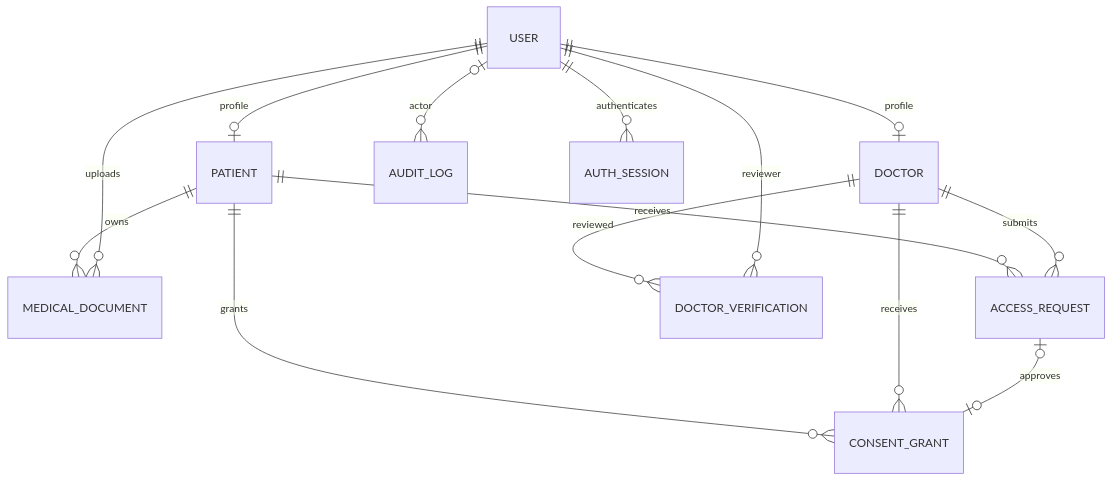
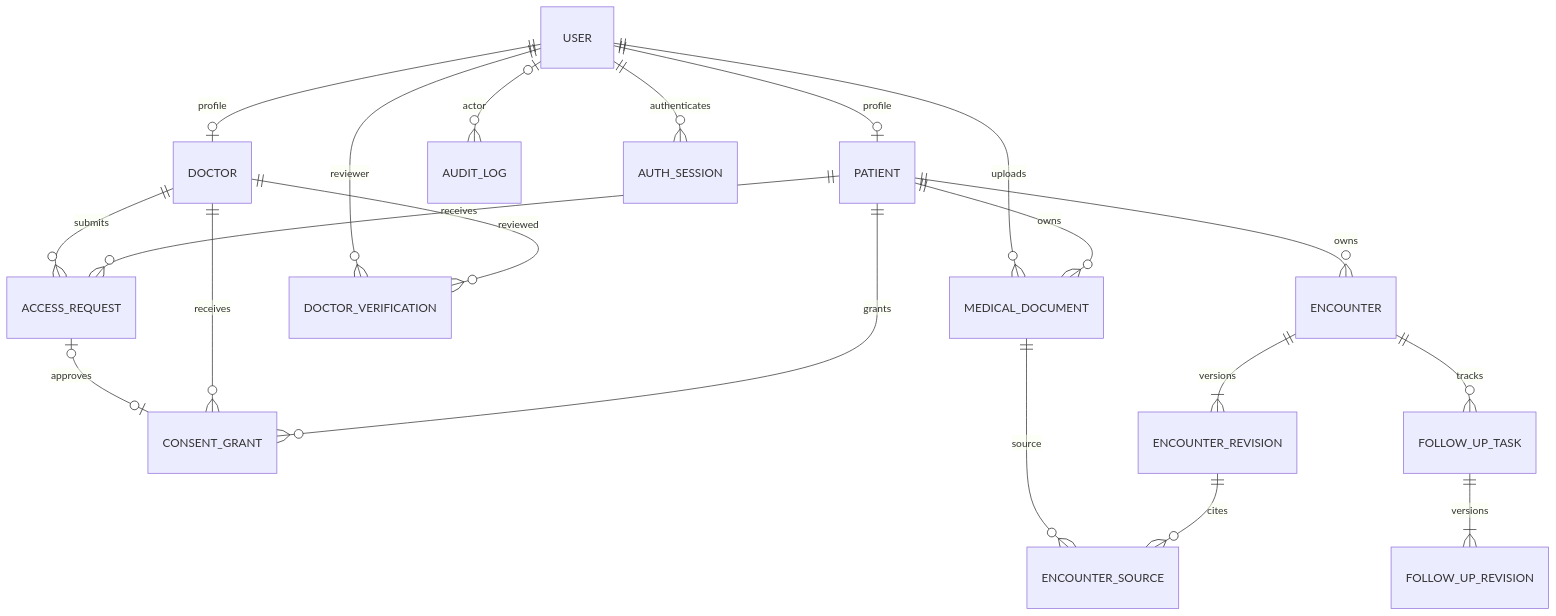
Before and after one commit to Tanish3115/CareGap: the second of 3 diagrams in docs/ARCHITECTURE.md, drawn with Mermaid. The commit also changed other lines of this file and 24 other files, not shown here.

Commit message:
Add source-linked clinical timeline, revision history and follow-up outcomes

````diff
--- a/docs/ARCHITECTURE.md
+++ b/docs/ARCHITECTURE.md
@@ -50,16 +53,22 @@
 ```mermaid
 erDiagram
     USER ||--o| PATIENT : profile
     USER ||--o| DOCTOR : profile
     PATIENT ||--o{ MEDICAL_DOCUMENT : owns
     USER ||--o{ MEDICAL_DOCUMENT : uploads
     PATIENT ||--o{ CONSENT_GRANT : grants
     DOCTOR ||--o{ CONSENT_GRANT : receives
     USER o|--o{ AUDIT_LOG : actor
     USER ||--o{ AUTH_SESSION : authenticates
     PATIENT ||--o{ ACCESS_REQUEST : receives
     DOCTOR ||--o{ ACCESS_REQUEST : submits
     ACCESS_REQUEST o|--o| CONSENT_GRANT : approves
     DOCTOR ||--o{ DOCTOR_VERIFICATION : reviewed
     USER ||--o{ DOCTOR_VERIFICATION : reviewer
+    PATIENT ||--o{ ENCOUNTER : owns
+    ENCOUNTER ||--|{ ENCOUNTER_REVISION : versions
+    ENCOUNTER_REVISION ||--o{ ENCOUNTER_SOURCE : cites
+    MEDICAL_DOCUMENT ||--o{ ENCOUNTER_SOURCE : source
+    ENCOUNTER ||--o{ FOLLOW_UP_TASK : tracks
+    FOLLOW_UP_TASK ||--|{ FOLLOW_UP_REVISION : versions
 ```
````
